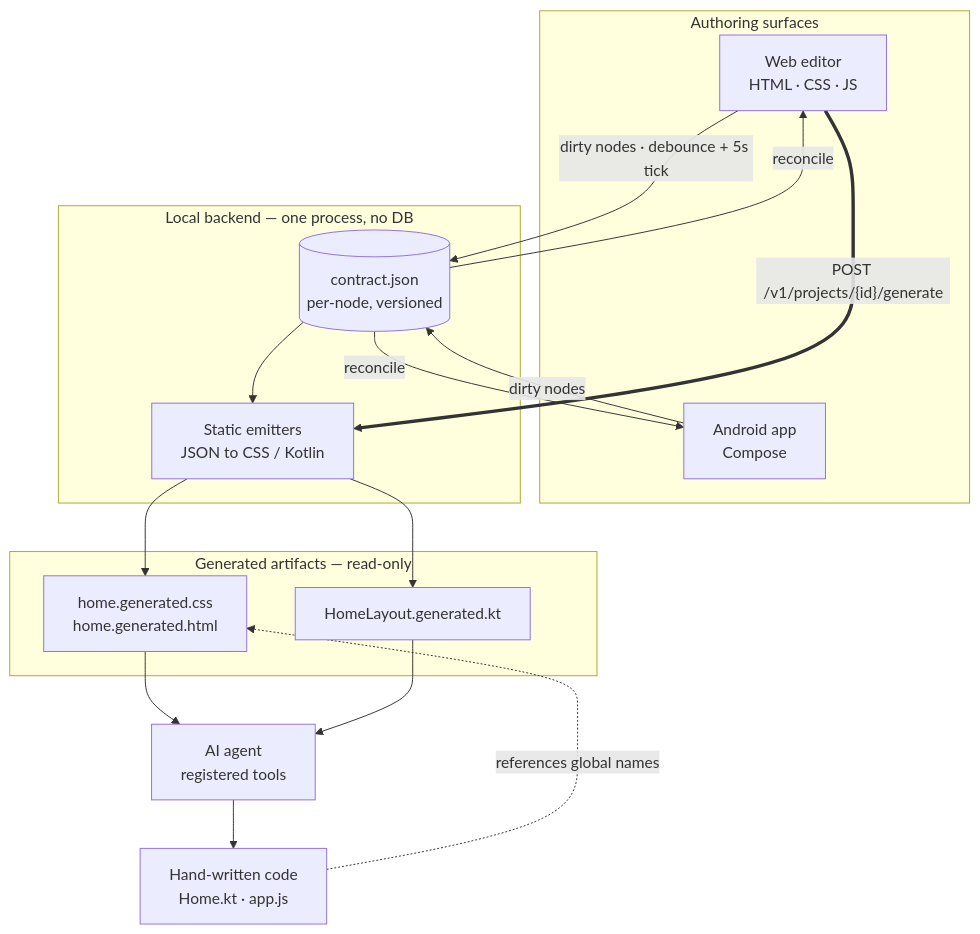
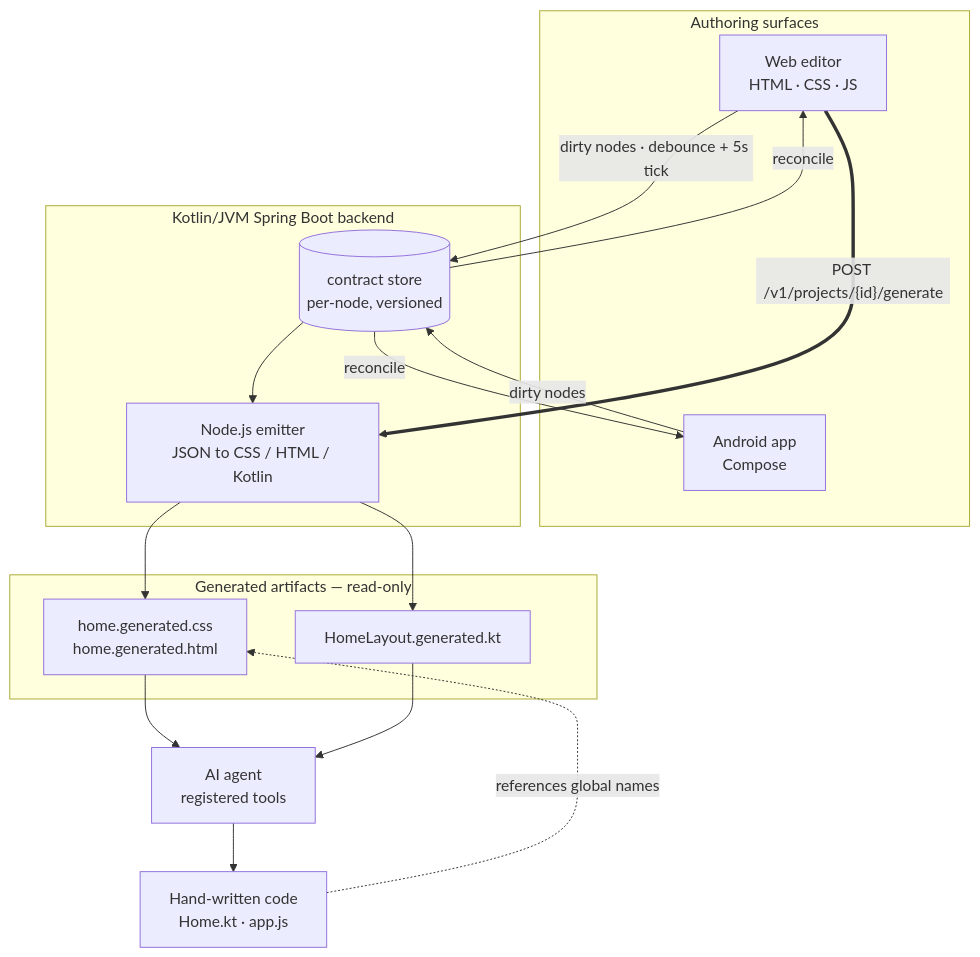
One commit to JuneKim0007/IKK changed the first of 2 diagrams in README.md. Above: the diagram before and after it, drawn with Mermaid. The commit also changed other lines of this file and 99 other files, not shown here.

Commit message:
Migrate backend to Kotlin and Spring Boot

````diff
--- a/README.md
+++ b/README.md
@@ -53,34 +55,34 @@
 ```mermaid
 flowchart TB
     subgraph edit["Authoring surfaces"]
         WEB["Web editor<br/>HTML · CSS · JS"]
         AND["Android app<br/>Compose"]
     end
 
-    subgraph srv["Local backend — one process, no DB"]
-        CONTRACT[("contract.json<br/>per-node, versioned")]
-        GEN["Static emitters<br/>JSON to CSS / Kotlin"]
+    subgraph srv["Kotlin/JVM Spring Boot backend"]
+        CONTRACT[("contract store<br/>per-node, versioned")]
+        GEN["Node.js emitter<br/>JSON to CSS / HTML / Kotlin"]
     end
 
     subgraph out["Generated artifacts — read-only"]
         CSS["home.generated.css<br/>home.generated.html"]
         KT["HomeLayout.generated.kt"]
     end
 
     AGENT["AI agent<br/>registered tools"]
     HAND["Hand-written code<br/>Home.kt · app.js"]
 
     WEB -- "dirty nodes · debounce + 5s tick" --> CONTRACT
     CONTRACT -- "reconcile" --> WEB
     AND -- "dirty nodes" --> CONTRACT
     CONTRACT -- "reconcile" --> AND
 
     WEB == "POST /v1/projects/{id}/generate" ==> GEN
     CONTRACT --> GEN
     GEN --> CSS
     GEN --> KT
     CSS --> AGENT
     KT --> AGENT
     AGENT --> HAND
     HAND -. "references global names" .-> CSS
 ```
````
